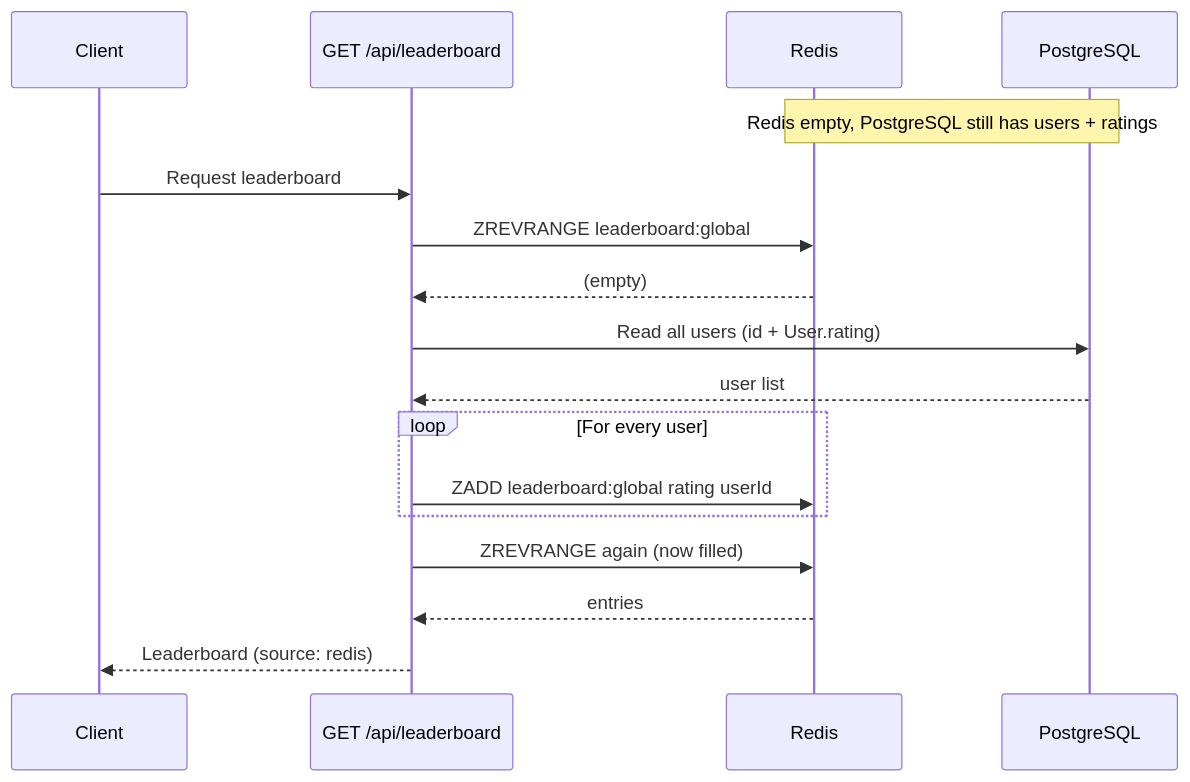
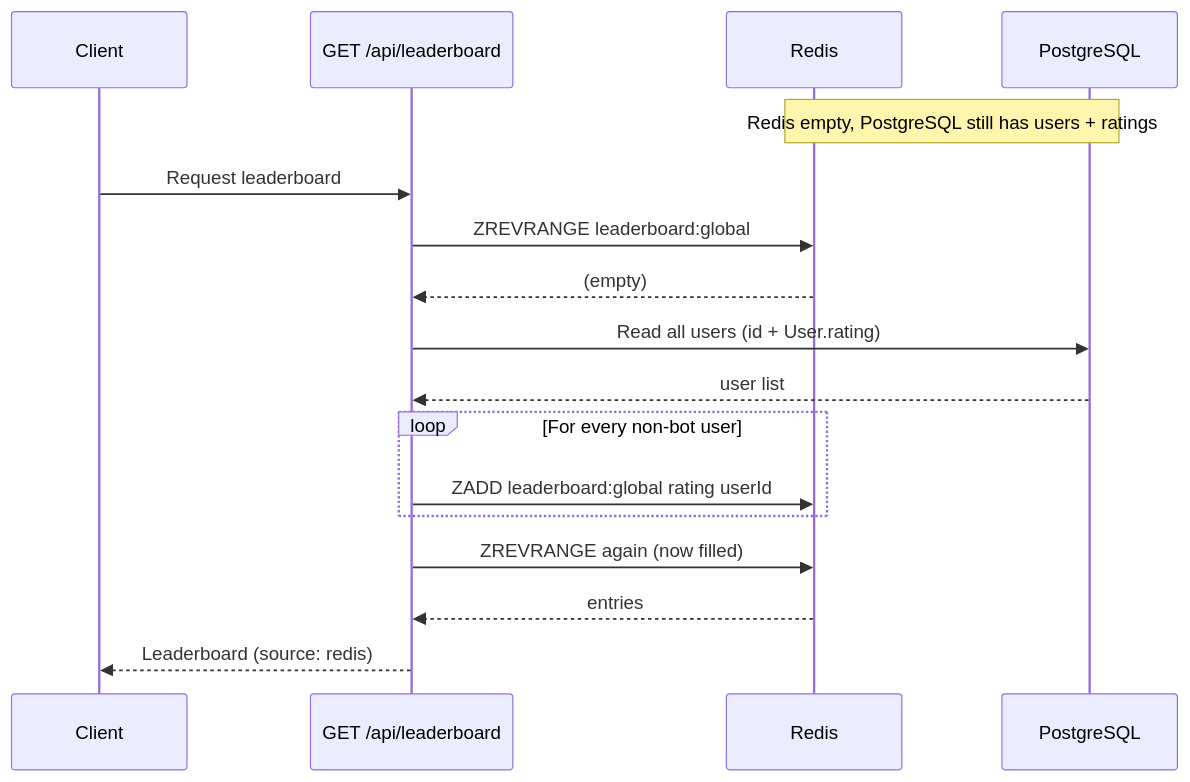
Before and after one commit to JaxzTan/ft_transcendence: the fourth of 6 diagrams in docs/backend/backend-leaderboard-module.md, drawn with Mermaid. The commit also changed other lines of this file and 30 other files, not shown here.

````diff
--- a/docs/backend/backend-leaderboard-module.md
+++ b/docs/backend/backend-leaderboard-module.md
@@ -184,20 +184,20 @@
 ```mermaid
 sequenceDiagram
     participant Client
     participant API as GET /api/leaderboard
     participant R as Redis
     participant DB as PostgreSQL
 
     Note over R,DB: Redis empty, PostgreSQL still has users + ratings
     Client->>API: Request leaderboard
     API->>R: ZREVRANGE leaderboard:global
     R-->>API: (empty)
     API->>DB: Read all users (id + User.rating)
     DB-->>API: user list
-    loop For every user
+    loop For every non-bot user
         API->>R: ZADD leaderboard:global rating userId
     end
     API->>R: ZREVRANGE again (now filled)
     R-->>API: entries
     API-->>Client: Leaderboard (source: redis)
 ```
````
